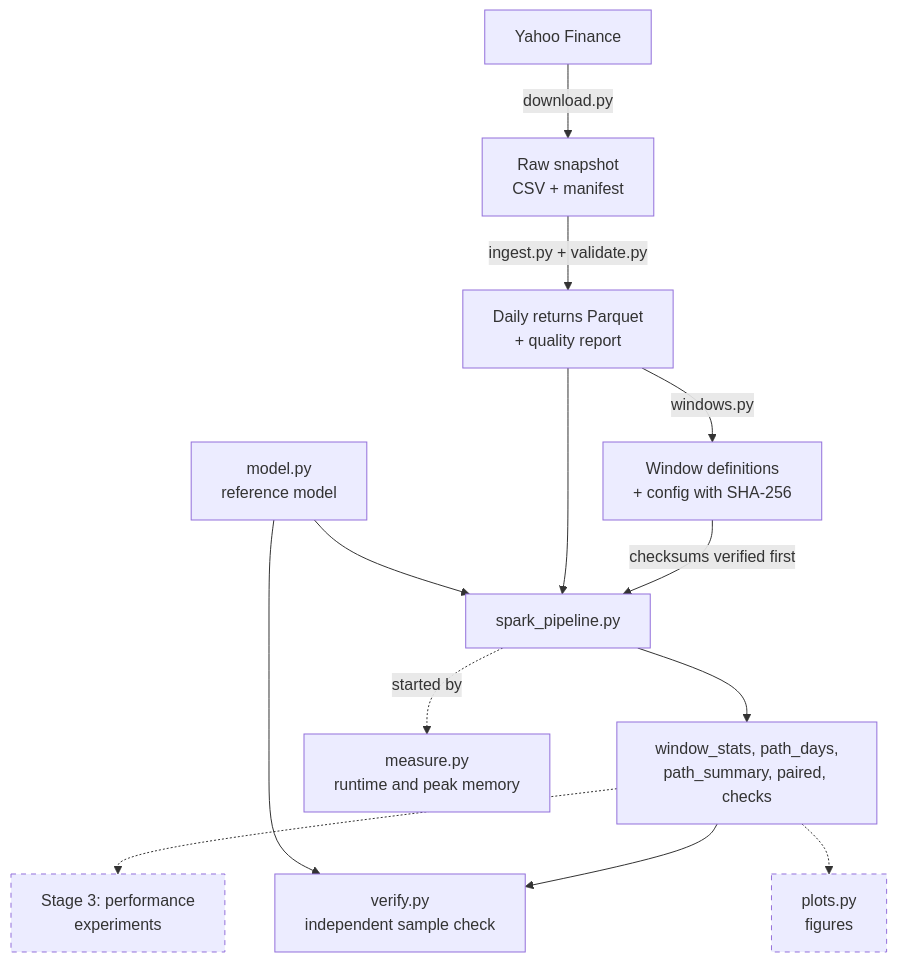
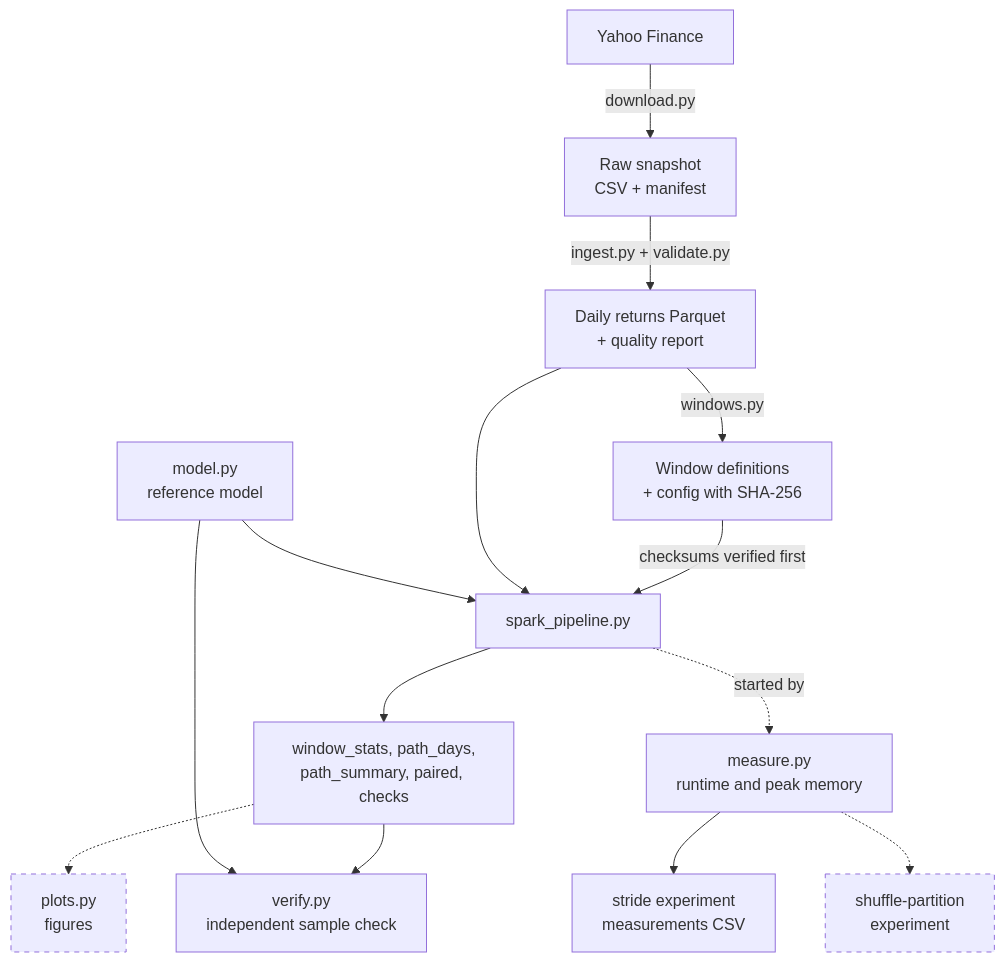
The first of 2 diagrams in docs/spec.md (kelly-0111/leveraged-etf-risk-analytics), drawn with Mermaid before and after one commit. The commit also changed other lines of this file and 1 other file, not shown here.

First line of the commit message:
Mark the stride experiment complete in the README and spec

````diff
--- a/docs/spec.md
+++ b/docs/spec.md
@@ -166,17 +169,18 @@
 ```mermaid
 flowchart TD
     Y[Yahoo Finance] -->|download.py| R[Raw snapshot<br/>CSV + manifest]
     R -->|ingest.py + validate.py| P[Daily returns Parquet<br/>+ quality report]
     P -->|windows.py| W[Window definitions<br/>+ config with SHA-256]
     W -->|checksums verified first| S[spark_pipeline.py]
     P --> S
     M[model.py<br/>reference model] --> S
     S --> O[window_stats, path_days,<br/>path_summary, paired, checks]
     O --> V[verify.py<br/>independent sample check]
     M --> V
     S -.->|started by| B[measure.py<br/>runtime and peak memory]
-    O -.-> E[Stage 3: performance<br/>experiments]
+    B --> E[stride experiment<br/>measurements CSV]
+    B -.-> E2[shuffle-partition<br/>experiment]
     O -.-> F[plots.py<br/>figures]
     classDef planned stroke-dasharray: 5 5
-    class E,F planned
+    class E2,F planned
 ```
````
